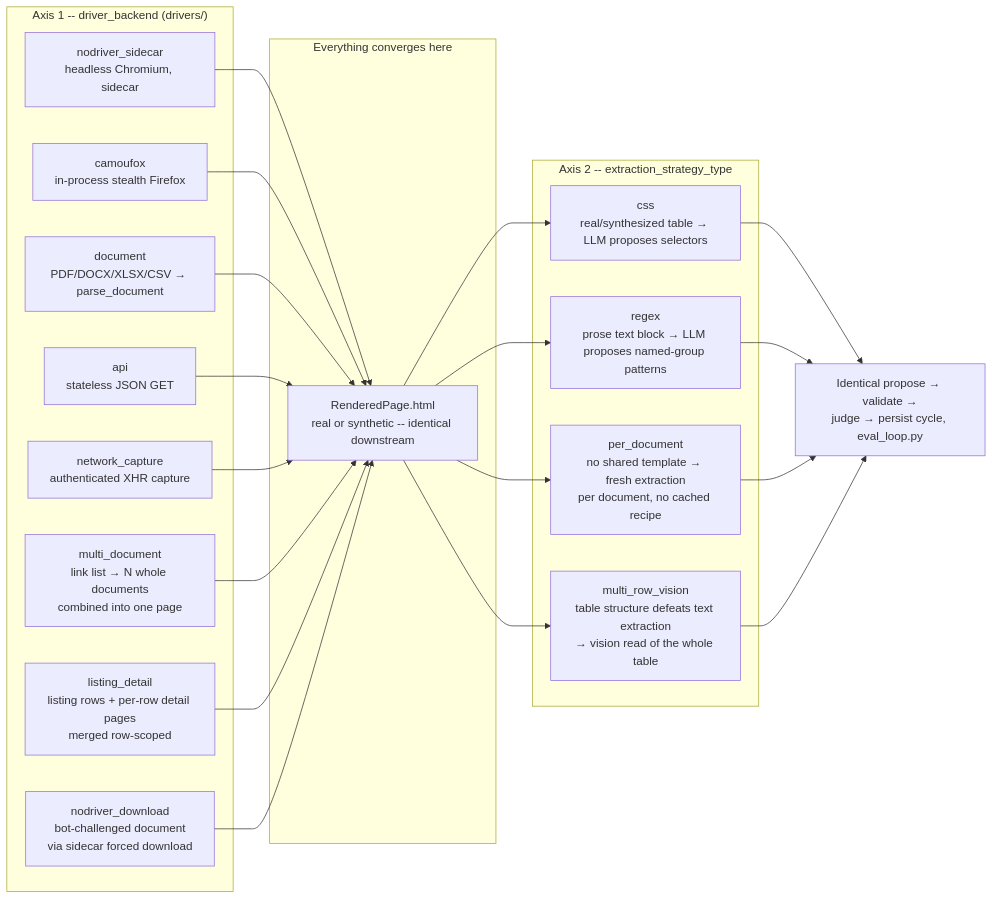
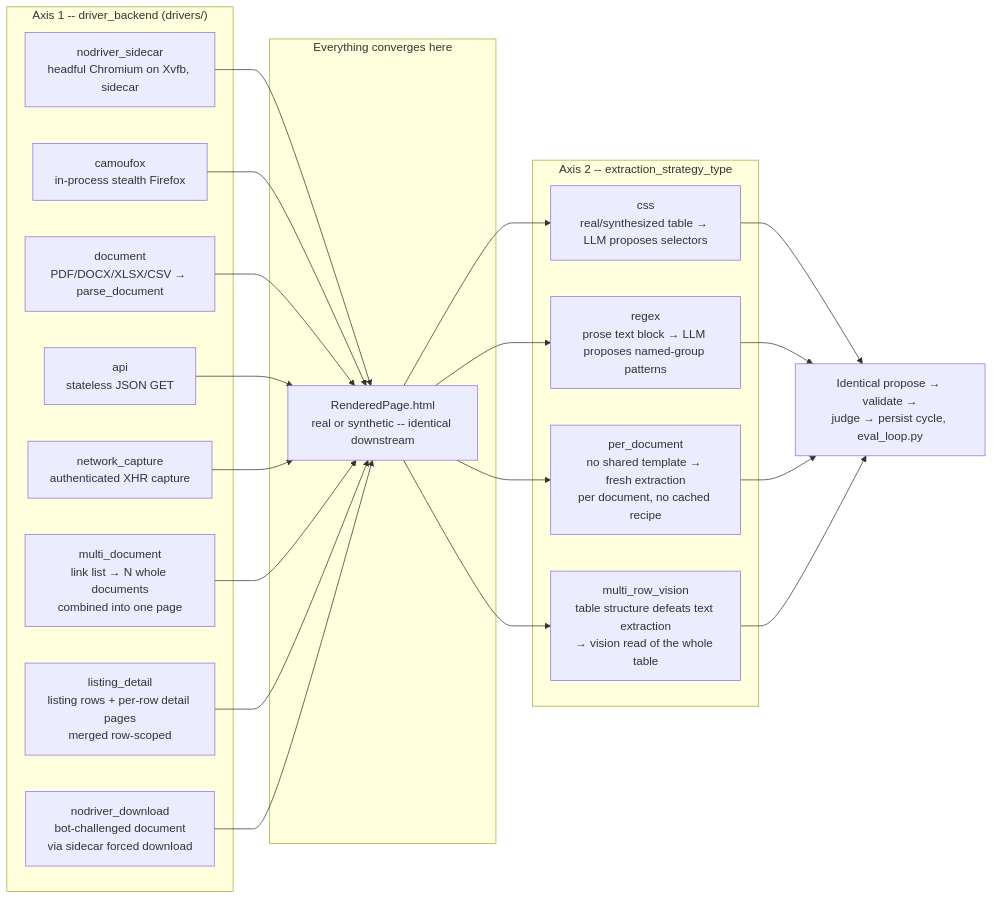
Before and after one commit to pacepace/3tears: the second of 3 diagrams in packages/scrape/README.md, drawn with Mermaid. The commit also changed other lines of this file and 1 other file, not shown here.

````diff
--- a/packages/scrape/README.md
+++ b/packages/scrape/README.md
@@ -104,28 +104,28 @@
 ```mermaid
 flowchart LR
     subgraph Fetch["Axis 1 -- driver_backend (drivers/)"]
-        D1[nodriver_sidecar<br/>headless Chromium, sidecar]
+        D1[nodriver_sidecar<br/>headful Chromium on Xvfb, sidecar]
         D2[camoufox<br/>in-process stealth Firefox]
         D3[document<br/>PDF/DOCX/XLSX/CSV → parse_document]
         D4[api<br/>stateless JSON GET]
         D5[network_capture<br/>authenticated XHR capture]
         D6[multi_document<br/>link list → N whole documents<br/>combined into one page]
         D7[listing_detail<br/>listing rows + per-row detail pages<br/>merged row-scoped]
         D8[nodriver_download<br/>bot-challenged document<br/>via sidecar forced download]
     end
     subgraph Converge["Everything converges here"]
         R[RenderedPage.html<br/>real or synthetic -- identical downstream]
     end
     subgraph Extract["Axis 2 -- extraction_strategy_type"]
         S1[css<br/>real/synthesized table → LLM proposes selectors]
         S2[regex<br/>prose text block → LLM proposes named-group patterns]
         S3[per_document<br/>no shared template → fresh extraction<br/>per document, no cached recipe]
         S4[multi_row_vision<br/>table structure defeats text extraction<br/>→ vision read of the whole table]
     end
     D1 & D2 & D3 & D4 & D5 & D6 & D7 & D8 --> R
     R --> S1
     R --> S2
     R --> S3
     R --> S4
     S1 & S2 & S3 & S4 --> J[Identical propose → validate →<br/>judge → persist cycle, eval_loop.py]
 ```
````
